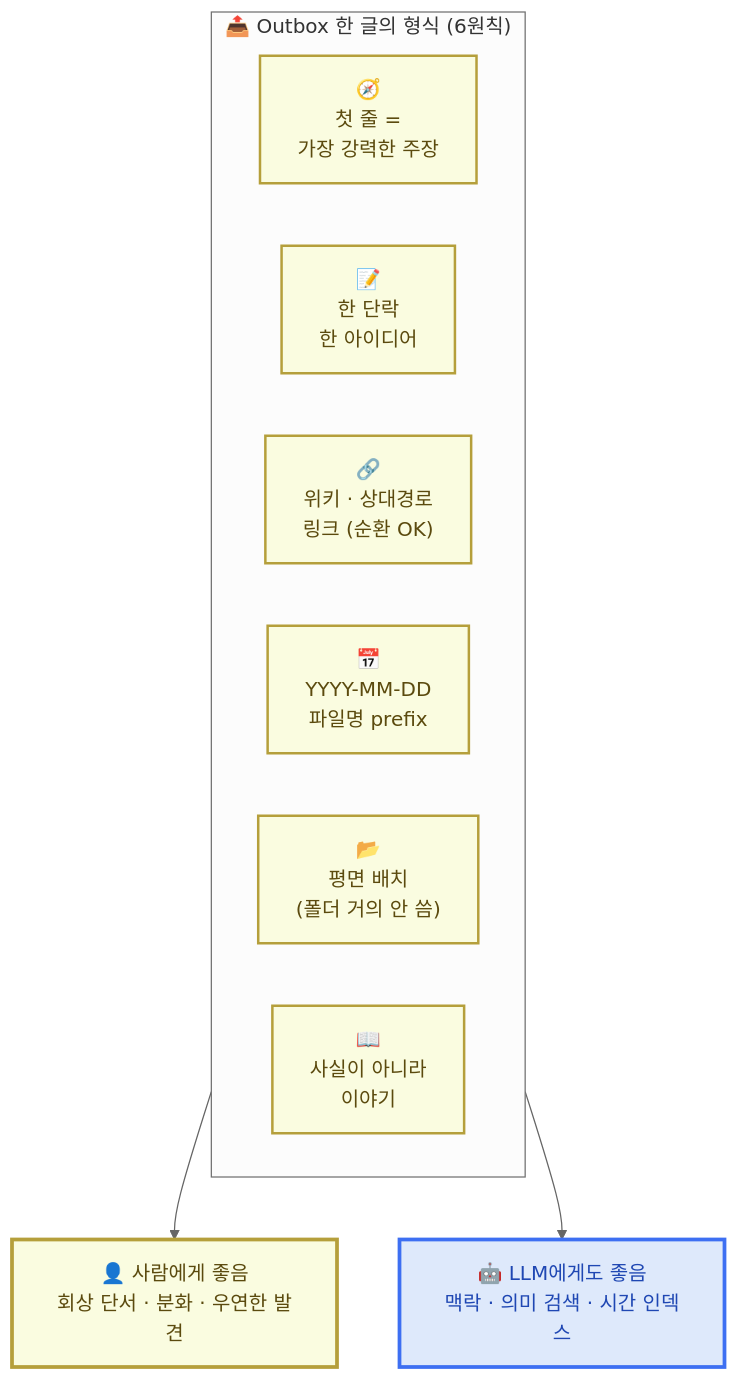
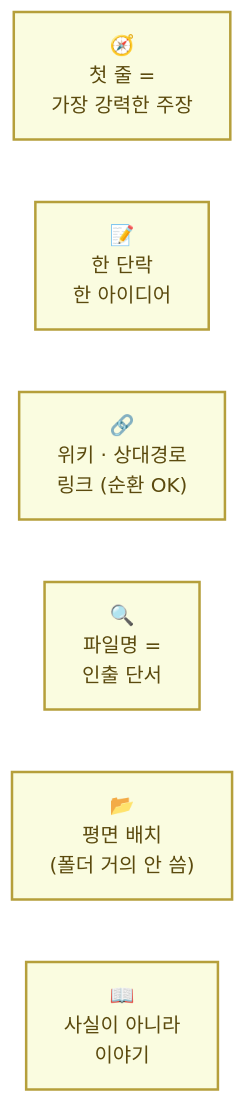
Before and after one commit to effectiveai-io/my-learning-agent: the third of 3 diagrams in content/week2/mechanism.mdx, drawn with Mermaid (neutral theme). The commit also changed other lines of this file, not shown here.

````diff
--- a/content/week2/mechanism.mdx
+++ b/content/week2/mechanism.mdx
@@ -135,25 +141,12 @@
 ```mermaid
-flowchart TB
-    subgraph Form["📤 Outbox 한 글의 형식 (6원칙)"]
-        direction LR
-        F1["🧭<br/>첫 줄 =<br/>가장 강력한 주장"]
-        F2["📝<br/>한 단락<br/>한 아이디어"]
-        F3["🔗<br/>위키 · 상대경로<br/>링크 (순환 OK)"]
-        F4["📅<br/>YYYY-MM-DD<br/>파일명 prefix"]
-        F5["📂<br/>평면 배치<br/>(폴더 거의 안 씀)"]
-        F6["📖<br/>사실이 아니라<br/>이야기"]
-    end
-
-    Me["👤 사람에게 좋음<br/>회상 단서 · 분화 · 우연한 발견"]
-    LLM["🤖 LLM에게도 좋음<br/>맥락 · 의미 검색 · 시간 인덱스"]
-
-    Form --> Me
-    Form --> LLM
+flowchart LR
+    F1["🧭<br/>첫 줄 =<br/>가장 강력한 주장"]
+    F2["📝<br/>한 단락<br/>한 아이디어"]
+    F3["🔗<br/>위키 · 상대경로<br/>링크 (순환 OK)"]
+    F4["🔍<br/>파일명 =<br/>인출 단서"]
+    F5["📂<br/>평면 배치<br/>(폴더 거의 안 씀)"]
+    F6["📖<br/>사실이 아니라<br/>이야기"]
 
     classDef form fill:#fafce0,stroke:#b59f3b,stroke-width:2px,color:#5b4a0e
-    classDef human fill:#fafce0,stroke:#b59f3b,stroke-width:3px,color:#5b4a0e
-    classDef llm fill:#dee9fb,stroke:#3d6ff2,stroke-width:3px,color:#1f47b3
     class F1,F2,F3,F4,F5,F6 form
-    class Me human
-    class LLM llm
 ```
````
